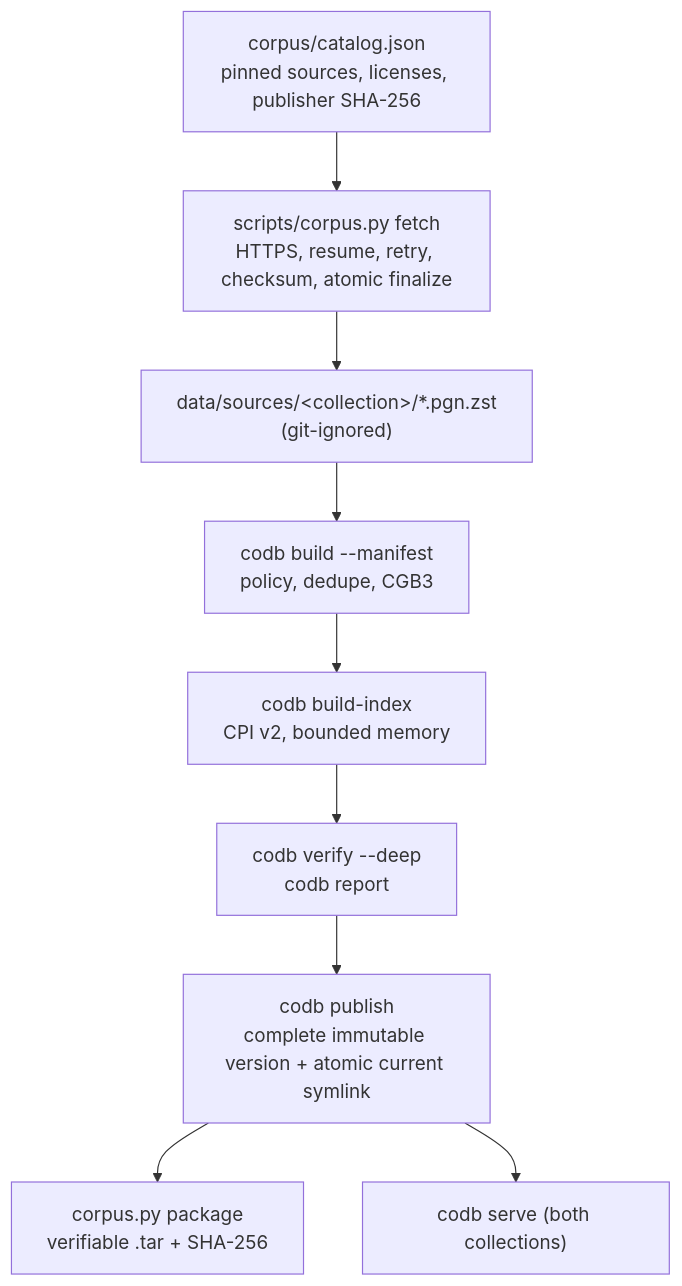
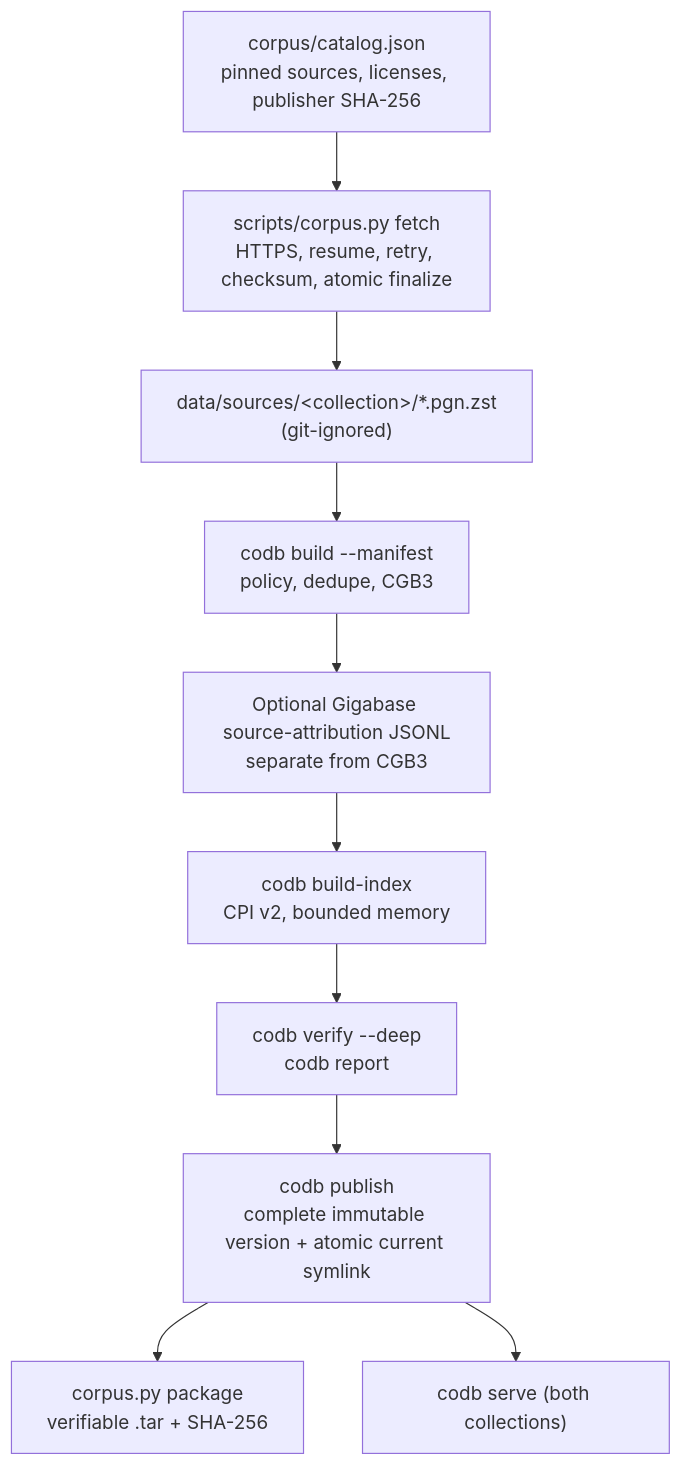
Before and after one commit to Nerver-zip/chess-database-api: the third of 4 diagrams in docs/ARCHITECTURE.md, drawn with Mermaid. The commit also changed other lines of this file and 96 other files, not shown here.

````diff
--- a/docs/ARCHITECTURE.md
+++ b/docs/ARCHITECTURE.md
@@ -222,11 +222,12 @@
 ```mermaid
 flowchart TD
     CAT["corpus/catalog.json<br/>pinned sources, licenses, publisher SHA-256"] --> FETCH["scripts/corpus.py fetch<br/>HTTPS, resume, retry, checksum, atomic finalize"]
     FETCH --> SRC["data/sources/&lt;collection&gt;/*.pgn.zst<br/>(git-ignored)"]
     SRC --> BUILD["codb build --manifest<br/>policy, dedupe, CGB3"]
-    BUILD --> INDEX["codb build-index<br/>CPI v2, bounded memory"]
+    BUILD --> ATTR["Optional Gigabase source-attribution JSONL<br/>separate from CGB3"]
+    ATTR --> INDEX["codb build-index<br/>CPI v2, bounded memory"]
     INDEX --> VERIFY["codb verify --deep<br/>codb report"]
     VERIFY --> PUBLISH["codb publish<br/>complete immutable version + atomic current symlink"]
     PUBLISH --> PKG["corpus.py package<br/>verifiable .tar + SHA-256"]
     PUBLISH --> SERVE["codb serve (both collections)"]
 ```
````
